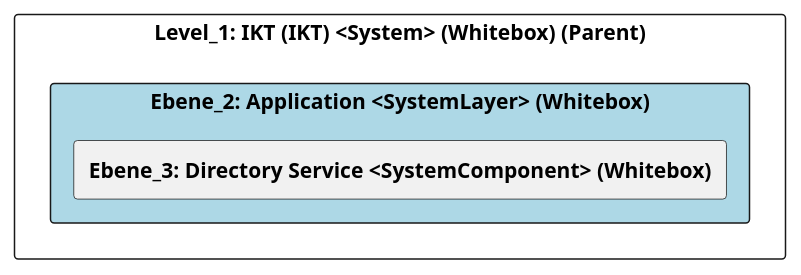
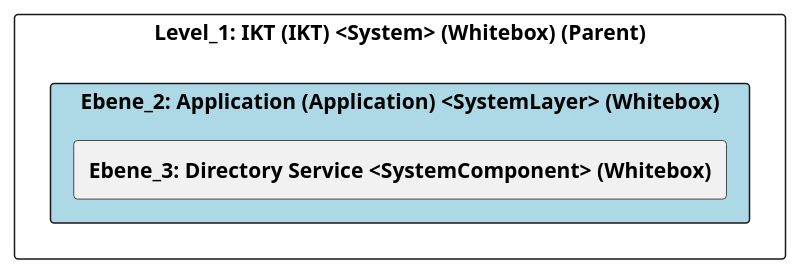
Before and after one commit to marcozwyssig/cleon: the diagram in src/cleon.architecturemethods.arc42.sample/doc/cleon_architecturemethods_arc42_sample_system/adoc/de/05_bausteinsicht/ikt/application/ebene_2_application.adoc, drawn with PlantUML. The commit also changed other lines of this file and 166 other files, not shown here.

```diff
--- a/src/cleon.architecturemethods.arc42.sample/doc/cleon_architecturemethods_arc42_sample_system/adoc/de/05_bausteinsicht/ikt/application/ebene_2_application.adoc
+++ b/src/cleon.architecturemethods.arc42.sample/doc/cleon_architecturemethods_arc42_sample_system/adoc/de/05_bausteinsicht/ikt/application/ebene_2_application.adoc
@@ -20,26 +20,26 @@
-[plantuml, Ebene_2: Application <SystemLayer> (Whitebox)BlockOverview, format="svg"]
+[plantuml, Ebene_2: Application (Application) <SystemLayer> (Whitebox)BlockOverview, format="svg"]
 ----
-@startuml Ebene_2: Application <SystemLayer> (Whitebox)BuildingBlockOverview
+@startuml Ebene_2: Application (Application) <SystemLayer> (Whitebox)BuildingBlockOverview
 
 skinparam ranksep 10
 skinparam componentStyle rectangle
 skinparam shadowing false
 skinparam arrowColor lightblue
 skinparam arrowThickness 1.2
 skinparam rectangle {
   BackgroundColor White
   BorderColor #333
   RoundCorner 10
 }
 top to bottom direction
 
 component "Level_1: IKT (IKT) <System> (Whitebox) (Parent)" {
-    component "Ebene_2: Application <SystemLayer> (Whitebox)" #lightblue {
+    component "Ebene_2: Application (Application) <SystemLayer> (Whitebox)" #lightblue {
         [**Ebene_3: Directory Service <SystemComponent> (Whitebox)**] as 88301D91_219A_11F0_83AE_DF5418A109A4
     }
 
     
 }
 
 @enduml
 ----
```
